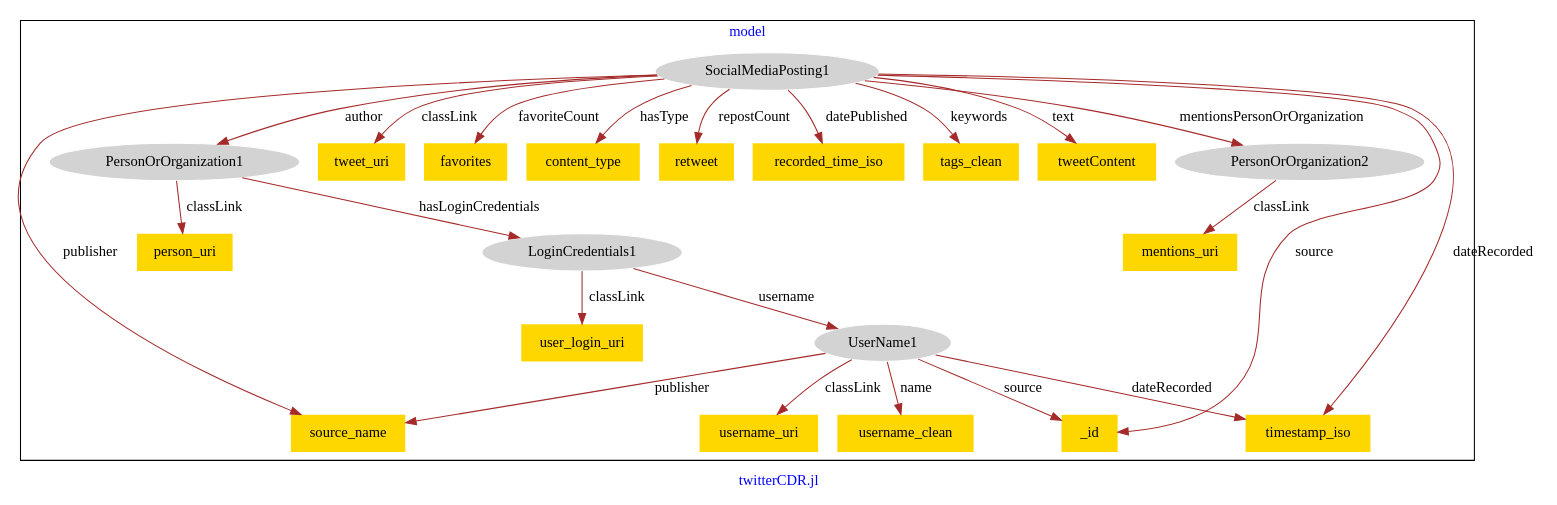
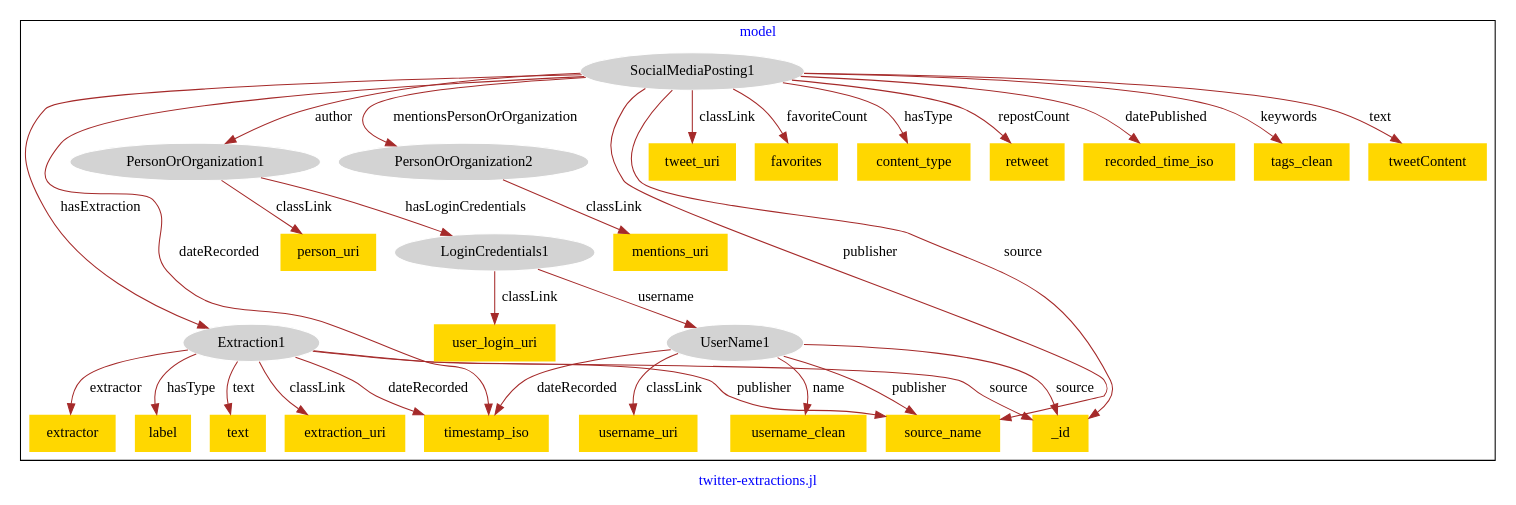
Before and after one commit to usc-isi-i2/effect-alignment: the diagram in models/asu-twitter/twitter-model.dot, drawn with Graphviz.

Commit message:
Update file twitter-model.dot

```diff
--- a/models/asu-twitter/twitter-model.dot
+++ b/models/asu-twitter/twitter-model.dot
@@ -1,50 +1,63 @@
 digraph n0 {
 fontcolor="blue"
 remincross="true"
-label="twitterCDR.jl"
+label="twitter-extractions.jl"
 subgraph cluster {
 label="model"
-n2[style="filled",color="white",fillcolor="lightgray",label="LoginCredentials1"];
-n3[shape="plaintext",style="filled",fillcolor="gold",label="user_login_uri"];
-n4[style="filled",color="white",fillcolor="lightgray",label="UserName1"];
-n5[style="filled",color="white",fillcolor="lightgray",label="PersonOrOrganization1"];
-n6[shape="plaintext",style="filled",fillcolor="gold",label="person_uri"];
-n7[style="filled",color="white",fillcolor="lightgray",label="PersonOrOrganization2"];
-n8[shape="plaintext",style="filled",fillcolor="gold",label="mentions_uri"];
-n9[shape="plaintext",style="filled",fillcolor="gold",label="username_uri"];
-n10[shape="plaintext",style="filled",fillcolor="gold",label="username_clean"];
-n11[style="filled",color="white",fillcolor="lightgray",label="SocialMediaPosting1"];
-n12[shape="plaintext",style="filled",fillcolor="gold",label="tweet_uri"];
-n13[shape="plaintext",style="filled",fillcolor="gold",label="favorites"];
-n14[shape="plaintext",style="filled",fillcolor="gold",label="content_type"];
-n15[shape="plaintext",style="filled",fillcolor="gold",label="retweet"];
-n16[shape="plaintext",style="filled",fillcolor="gold",label="recorded_time_iso"];
-n17[shape="plaintext",style="filled",fillcolor="gold",label="tags_clean"];
-n18[shape="plaintext",style="filled",fillcolor="gold",label="tweetContent"];
-n19[shape="plaintext",style="filled",fillcolor="gold",label="timestamp_iso"];
-n20[shape="plaintext",style="filled",fillcolor="gold",label="source_name"];
-n21[shape="plaintext",style="filled",fillcolor="gold",label="_id"];
+n2[style="filled",color="white",fillcolor="lightgray",label="Extraction1"];
+n3[shape="plaintext",style="filled",fillcolor="gold",label="extraction_uri"];
+n4[shape="plaintext",style="filled",fillcolor="gold",label="extractor"];
+n5[shape="plaintext",style="filled",fillcolor="gold",label="label"];
+n6[shape="plaintext",style="filled",fillcolor="gold",label="text"];
+n7[style="filled",color="white",fillcolor="lightgray",label="LoginCredentials1"];
+n8[shape="plaintext",style="filled",fillcolor="gold",label="user_login_uri"];
+n9[style="filled",color="white",fillcolor="lightgray",label="UserName1"];
+n10[style="filled",color="white",fillcolor="lightgray",label="PersonOrOrganization1"];
+n11[shape="plaintext",style="filled",fillcolor="gold",label="person_uri"];
+n12[style="filled",color="white",fillcolor="lightgray",label="PersonOrOrganization2"];
+n13[shape="plaintext",style="filled",fillcolor="gold",label="mentions_uri"];
+n14[shape="plaintext",style="filled",fillcolor="gold",label="username_uri"];
+n15[shape="plaintext",style="filled",fillcolor="gold",label="timestamp_iso"];
+n16[shape="plaintext",style="filled",fillcolor="gold",label="username_clean"];
+n17[shape="plaintext",style="filled",fillcolor="gold",label="source_name"];
+n18[shape="plaintext",style="filled",fillcolor="gold",label="_id"];
+n19[style="filled",color="white",fillcolor="lightgray",label="SocialMediaPosting1"];
+n20[shape="plaintext",style="filled",fillcolor="gold",label="tweet_uri"];
+n21[shape="plaintext",style="filled",fillcolor="gold",label="favorites"];
+n22[shape="plaintext",style="filled",fillcolor="gold",label="content_type"];
+n23[shape="plaintext",style="filled",fillcolor="gold",label="retweet"];
+n24[shape="plaintext",style="filled",fillcolor="gold",label="recorded_time_iso"];
+n25[shape="plaintext",style="filled",fillcolor="gold",label="tags_clean"];
+n26[shape="plaintext",style="filled",fillcolor="gold",label="tweetContent"];
 }
 n2 -> n3[color="brown",fontcolor="black",label="classLink"]
-n2 -> n4[color="brown",fontcolor="black",label="username"]
-n5 -> n6[color="brown",fontcolor="black",label="classLink"]
-n5 -> n2[color="brown",fontcolor="black",label="hasLoginCredentials"]
+n2 -> n4[color="brown",fontcolor="black",label="extractor"]
+n2 -> n5[color="brown",fontcolor="black",label="hasType"]
+n2 -> n6[color="brown",fontcolor="black",label="text"]
 n7 -> n8[color="brown",fontcolor="black",label="classLink"]
-n4 -> n9[color="brown",fontcolor="black",label="classLink"]
-n4 -> n10[color="brown",fontcolor="black",label="name"]
-n11 -> n12[color="brown",fontcolor="black",label="classLink"]
-n11 -> n13[color="brown",fontcolor="black",label="favoriteCount"]
-n11 -> n14[color="brown",fontcolor="black",label="hasType"]
-n11 -> n15[color="brown",fontcolor="black",label="repostCount"]
-n11 -> n5[color="brown",fontcolor="black",label="author"]
-n11 -> n16[color="brown",fontcolor="black",label="datePublished"]
-n11 -> n17[color="brown",fontcolor="black",label="keywords"]
-n11 -> n18[color="brown",fontcolor="black",label="text"]
-n11 -> n19[color="brown",fontcolor="black",label="dateRecorded"]
-n4 -> n20[color="brown",fontcolor="black",label="publisher"]
-n4 -> n21[color="brown",fontcolor="black",label="source"]
-n11 -> n20[color="brown",fontcolor="black",label="publisher"]
-n11 -> n7[color="brown",fontcolor="black",label="mentionsPersonOrOrganization"]
-n4 -> n19[color="brown",fontcolor="black",label="dateRecorded"]
-n11 -> n21[color="brown",fontcolor="black",label="source"]
+n7 -> n9[color="brown",fontcolor="black",label="username"]
+n10 -> n11[color="brown",fontcolor="black",label="classLink"]
+n12 -> n13[color="brown",fontcolor="black",label="classLink"]
+n9 -> n14[color="brown",fontcolor="black",label="classLink"]
+n9 -> n15[color="brown",fontcolor="black",label="dateRecorded"]
+n9 -> n16[color="brown",fontcolor="black",label="name"]
+n9 -> n17[color="brown",fontcolor="black",label="publisher"]
+n9 -> n18[color="brown",fontcolor="black",label="source"]
+n19 -> n20[color="brown",fontcolor="black",label="classLink"]
+n19 -> n21[color="brown",fontcolor="black",label="favoriteCount"]
+n19 -> n2[color="brown",fontcolor="black",label="hasExtraction"]
+n19 -> n22[color="brown",fontcolor="black",label="hasType"]
+n19 -> n12[color="brown",fontcolor="black",label="mentionsPersonOrOrganization"]
+n19 -> n23[color="brown",fontcolor="black",label="repostCount"]
+n19 -> n10[color="brown",fontcolor="black",label="author"]
+n19 -> n24[color="brown",fontcolor="black",label="datePublished"]
+n19 -> n25[color="brown",fontcolor="black",label="keywords"]
+n19 -> n17[color="brown",fontcolor="black",label="publisher"]
+n19 -> n26[color="brown",fontcolor="black",label="text"]
+n10 -> n7[color="brown",fontcolor="black",label="hasLoginCredentials"]
+n19 -> n15[color="brown",fontcolor="black",label="dateRecorded"]
+n2 -> n18[color="brown",fontcolor="black",label="source"]
+n2 -> n15[color="brown",fontcolor="black",label="dateRecorded"]
+n19 -> n18[color="brown",fontcolor="black",label="source"]
+n2 -> n17[color="brown",fontcolor="black",label="publisher"]
 }
```
